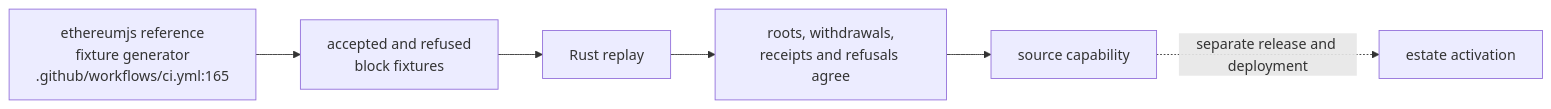
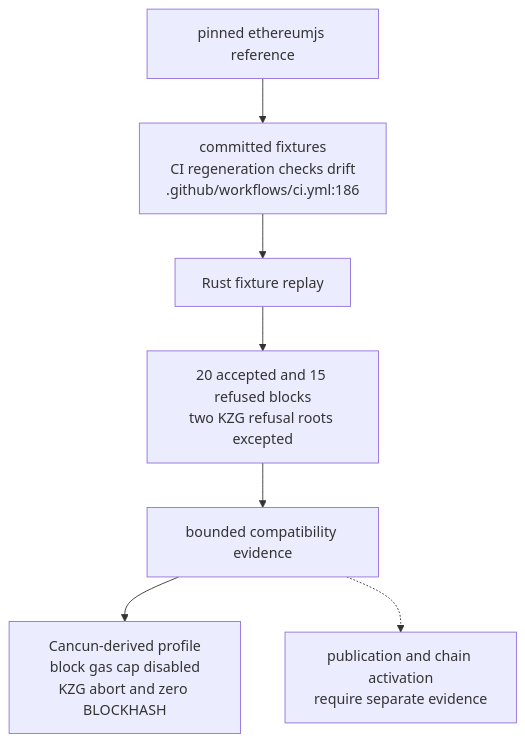
One commit to DreamLab-AI/VisionFlow changed the fourth of 4 diagrams in docs/diagrams/sidestr-rs/03-evm-overlay-and-retained-state.md. Above: the diagram before and after it, drawn with Mermaid. The commit also changed other lines of this file and 27 other files, not shown here.

````diff
--- a/docs/diagrams/sidestr-rs/03-evm-overlay-and-retained-state.md
+++ b/docs/diagrams/sidestr-rs/03-evm-overlay-and-retained-state.md
@@ -95,8 +102,9 @@
 ```mermaid
-flowchart LR
-    J["ethereumjs reference<br/>fixture generator<br/>.github/workflows/ci.yml:165"] --> F["accepted and refused<br/>block fixtures"]
-    F --> R["Rust replay"]
-    R --> EQ["roots, withdrawals,<br/>receipts and refusals agree"]
-    EQ --> SRC["source capability"]
-    SRC -. "separate release and deployment" .-> LIVE["estate activation"]
+flowchart TB
+    J["pinned ethereumjs reference"] --> F["committed fixtures<br/>CI regeneration checks drift<br/>.github/workflows/ci.yml:186"]
+    F --> R["Rust fixture replay"]
+    R --> EQ["20 accepted and 15 refused blocks<br/>two KZG refusal roots excepted"]
+    EQ --> SRC["bounded compatibility evidence"]
+    SRC --> PROFILE["Cancun-derived profile<br/>block gas cap disabled<br/>KZG abort and zero BLOCKHASH"]
+    SRC -.-> LIVE["publication and chain activation<br/>require separate evidence"]
 ```
````
